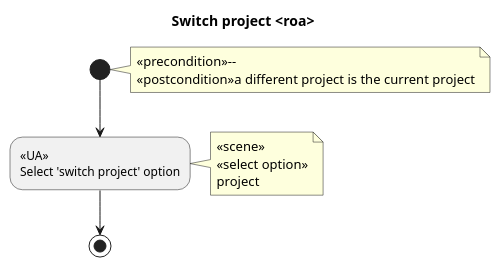
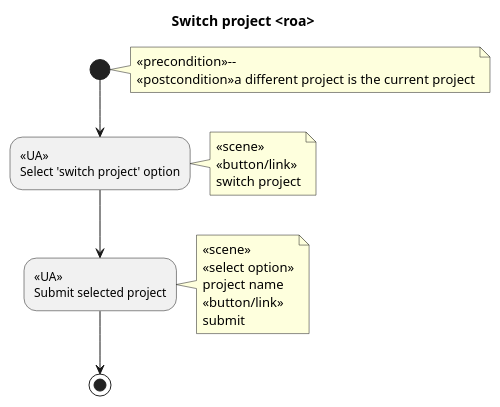
The ninth of 38 diagrams in doc/worg/org-contrib/gsoc2012/student-projects/bugpile/i.org (bzg/bugpile), drawn with PlantUML before and after one commit. The commit also changed other lines of this file and 3 other files, not shown here.

Commit message:
i.org tutorial on worg: software oriented use case diagrams written.

```diff
--- a/doc/worg/org-contrib/gsoc2012/student-projects/bugpile/i.org
+++ b/doc/worg/org-contrib/gsoc2012/student-projects/bugpile/i.org
@@ -753,7 +753,9 @@
 #+begin_src plantuml :file ../../../../images/gsoc/2012/bugpile/switch-project-uml-roa.png 
   title Switch project <roa>
   note right: <<precondition>>--\n<<postcondition>>a different project is the current project
   (*) --> "<<UA>>\nSelect 'switch project' option"
-  note right: <<scene>>\n<<select option>>\nproject
+  note right: <<scene>>\n<<button/link>>\nswitch project
+  --> "<<UA>>\nSubmit selected project"
+  note right: <<scene>>\n<<select option>>\nproject name\n<<button/link>>\nsubmit
   --> (*)
 #+end_src
```
